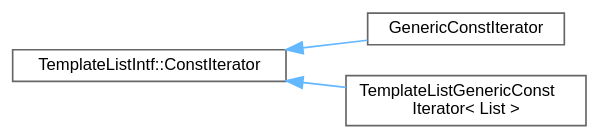
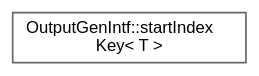
The diagram in inherit_graph_721.dot (zipa/doxygen), drawn with Graphviz before and after one commit. The commit also changed 8925 other files, not shown here.

```diff
--- a/inherit_graph_721.dot
+++ b/inherit_graph_721.dot
@@ -1,14 +1,10 @@
 digraph "Graphical Class Hierarchy"
 {
  // INTERACTIVE_SVG=YES
  // LATEX_PDF_SIZE
   bgcolor="transparent";
   edge [fontname=Helvetica,fontsize=10,labelfontname=Helvetica,labelfontsize=10];
   node [fontname=Helvetica,fontsize=10,shape=box,height=0.2,width=0.4];
   rankdir="LR";
-  Node0 [label="TemplateListIntf::ConstIterator",height=0.2,width=0.4,color="grey40", fillcolor="white", style="filled",URL="$d8/d23/class_template_list_intf_1_1_const_iterator.html",tooltip="Abstract interface for a iterator of a list."];
-  Node0 -> Node1 [dir="back",color="steelblue1",style="solid"];
-  Node1 [label="GenericConstIterator",height=0.2,width=0.4,color="grey40", fillcolor="white", style="filled",URL="$df/d6e/class_generic_const_iterator.html",tooltip="Template List iterator support."];
-  Node0 -> Node2 [dir="back",color="steelblue1",style="solid"];
-  Node2 [label="TemplateListGenericConst\lIterator\< List \>",height=0.2,width=0.4,color="grey40", fillcolor="white", style="filled",URL="$d5/d7c/class_template_list_generic_const_iterator.html",tooltip=" "];
+  Node0 [label="OutputGenIntf::startIndex\lKey\< T \>",height=0.2,width=0.4,color="grey40", fillcolor="white", style="filled",URL="$d3/d22/struct_output_gen_intf_1_1start_index_key.html",tooltip=" "];
 }
```
